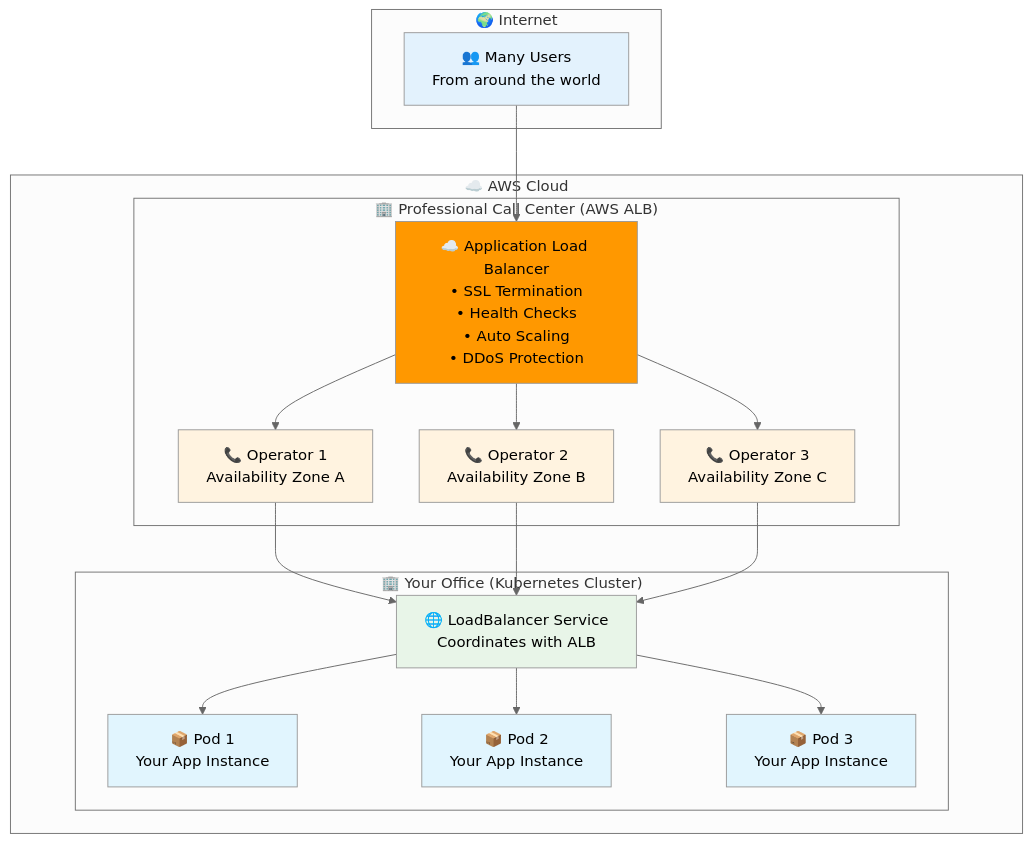
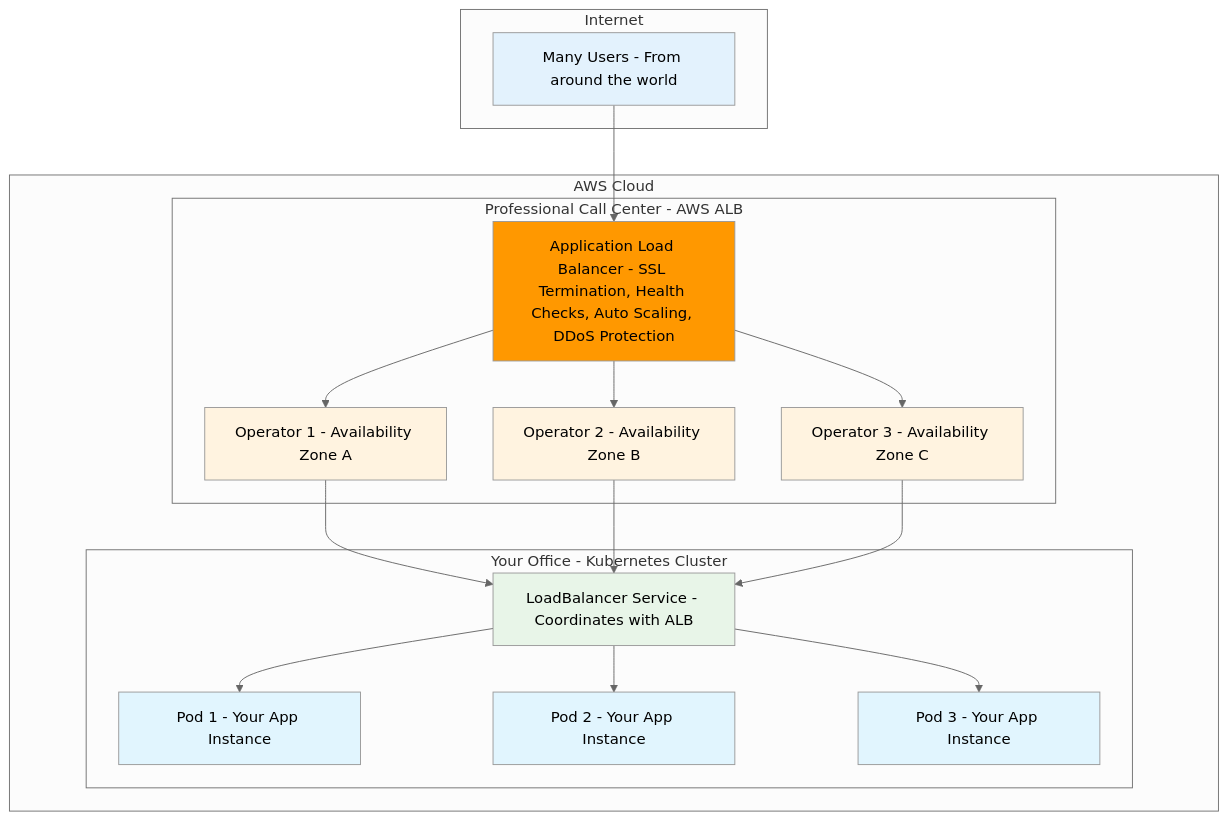
One commit to manikcloud/cloud-devops-learning-path changed diagram 14 of 26 in Section-2-DevOps/Session-7_Kubernetes/04-services-networking/README.md. Above: the diagram before and after it, drawn with Mermaid (neutral theme). The commit also changed other lines of this file, not shown here.

First line of the commit message:
Fix mermaid diagram syntax errors - Part 1

````diff
--- a/Section-2-DevOps/Session-7_Kubernetes/04-services-networking/README.md
+++ b/Section-2-DevOps/Session-7_Kubernetes/04-services-networking/README.md
@@ -643,47 +643,47 @@
 ```mermaid
 graph TB
-    subgraph "🌍 Internet"
-        USERS[👥 Many Users<br/>From around the world]
+    subgraph "Internet"
+        USERS[Many Users - From around the world]
     end
     
-    subgraph "☁️ AWS Cloud"
-        subgraph "🏢 Professional Call Center (AWS ALB)"
-            ALB[☁️ Application Load Balancer<br/>• SSL Termination<br/>• Health Checks<br/>• Auto Scaling<br/>• DDoS Protection]
+    subgraph "AWS Cloud"
+        subgraph "Professional Call Center - AWS ALB"
+            ALB[Application Load Balancer - SSL Termination, Health Checks, Auto Scaling, DDoS Protection]
             
-            OPERATOR1[📞 Operator 1<br/>Availability Zone A]
-            OPERATOR2[📞 Operator 2<br/>Availability Zone B]
-            OPERATOR3[📞 Operator 3<br/>Availability Zone C]
+            OPERATOR1[Operator 1 - Availability Zone A]
+            OPERATOR2[Operator 2 - Availability Zone B]
+            OPERATOR3[Operator 3 - Availability Zone C]
             
             ALB --> OPERATOR1
             ALB --> OPERATOR2
             ALB --> OPERATOR3
         end
         
-        subgraph "🏢 Your Office (Kubernetes Cluster)"
-            SERVICE[🌐 LoadBalancer Service<br/>Coordinates with ALB]
+        subgraph "Your Office - Kubernetes Cluster"
+            SERVICE[LoadBalancer Service - Coordinates with ALB]
             
-            POD1[📦 Pod 1<br/>Your App Instance]
-            POD2[📦 Pod 2<br/>Your App Instance]
-            POD3[📦 Pod 3<br/>Your App Instance]
+            POD1[Pod 1 - Your App Instance]
+            POD2[Pod 2 - Your App Instance]
+            POD3[Pod 3 - Your App Instance]
             
             SERVICE --> POD1
             SERVICE --> POD2
             SERVICE --> POD3
         end
     end
     
     USERS --> ALB
     OPERATOR1 --> SERVICE
     OPERATOR2 --> SERVICE
     OPERATOR3 --> SERVICE
     
     style USERS fill:#e3f2fd
     style ALB fill:#ff9800
     style OPERATOR1 fill:#fff3e0
     style OPERATOR2 fill:#fff3e0
     style OPERATOR3 fill:#fff3e0
     style SERVICE fill:#e8f5e8
     style POD1 fill:#e1f5fe
     style POD2 fill:#e1f5fe
     style POD3 fill:#e1f5fe
 ```
````
